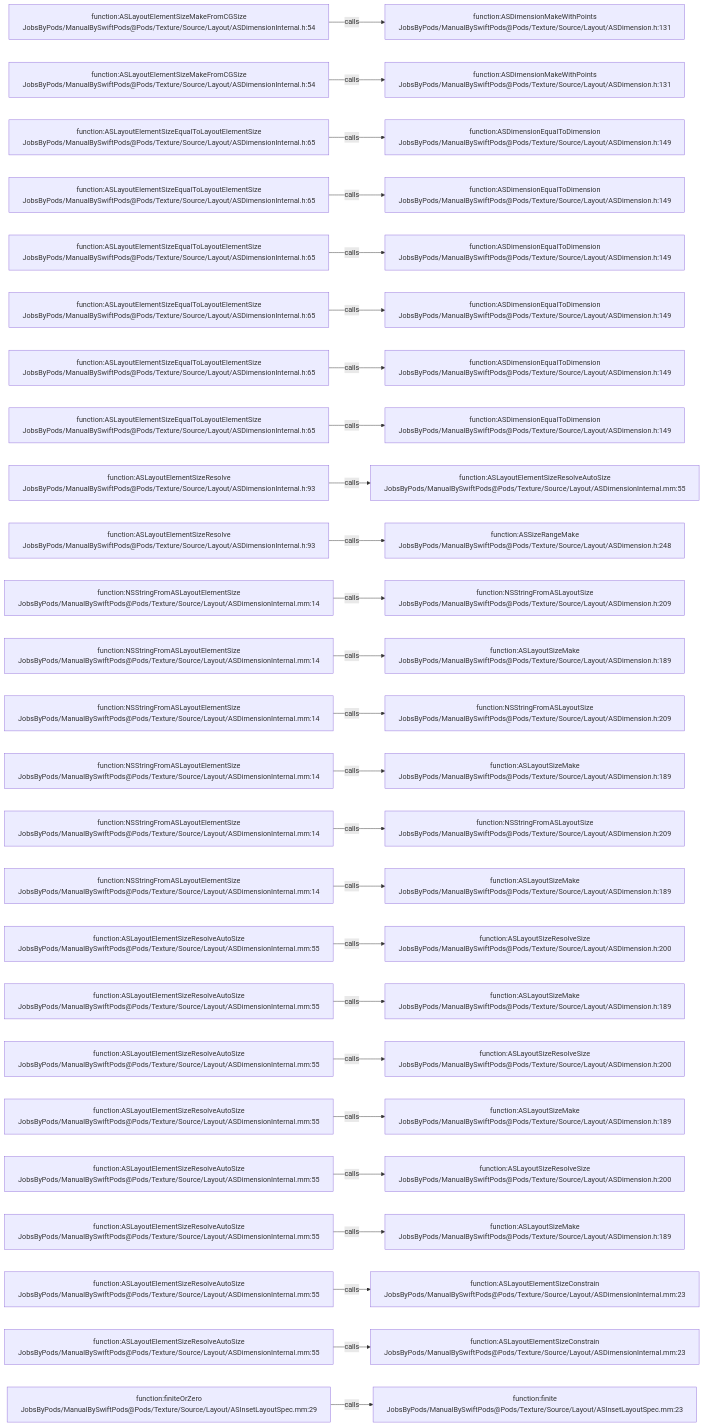
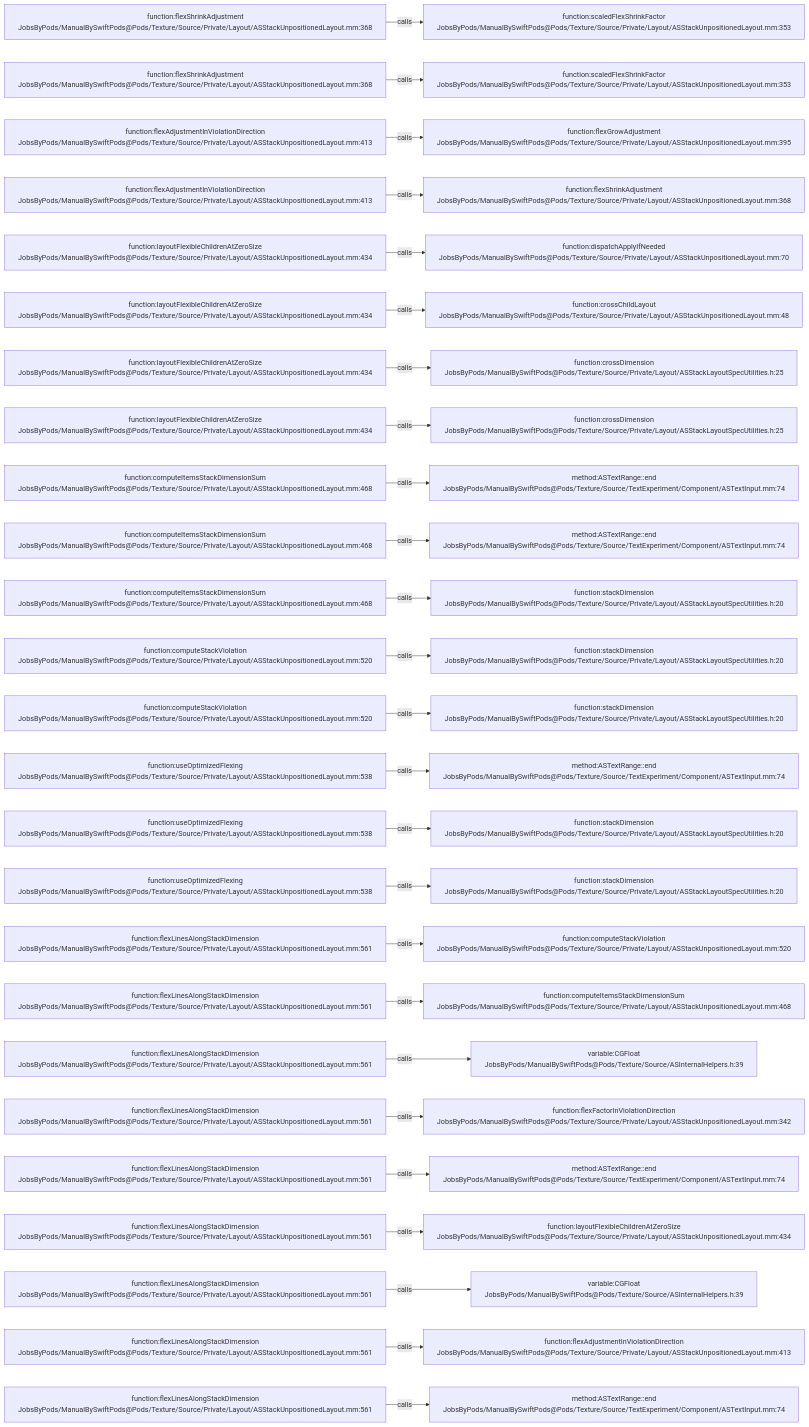
One commit to JobsKits/JobsSwiftBaseConfigDemo changed the diagram in .codegraph/codegraph.md/graphs/calls-126.md. Above: the diagram before and after it, drawn with Mermaid. The commit also changed 832 other files, not shown here.

````diff
--- a/.codegraph/codegraph.md/graphs/calls-126.md
+++ b/.codegraph/codegraph.md/graphs/calls-126.md
@@ -13,78 +13,78 @@
 ```mermaid
 flowchart LR
-  S1["function:ASLayoutElementSizeMakeFromCGSize<br/>JobsByPods/ManualBySwiftPods@Pods/Texture/Source/Layout/ASDimensionInternal.h:54"]
-  T1["function:ASDimensionMakeWithPoints<br/>JobsByPods/ManualBySwiftPods@Pods/Texture/Source/Layout/ASDimension.h:131"]
+  S1["function:flexShrinkAdjustment<br/>JobsByPods/ManualBySwiftPods@Pods/Texture/Source/Private/Layout/ASStackUnpositionedLayout.mm:368"]
+  T1["function:scaledFlexShrinkFactor<br/>JobsByPods/ManualBySwiftPods@Pods/Texture/Source/Private/Layout/ASStackUnpositionedLayout.mm:353"]
   S1 -->|calls| T1
-  S2["function:ASLayoutElementSizeMakeFromCGSize<br/>JobsByPods/ManualBySwiftPods@Pods/Texture/Source/Layout/ASDimensionInternal.h:54"]
-  T2["function:ASDimensionMakeWithPoints<br/>JobsByPods/ManualBySwiftPods@Pods/Texture/Source/Layout/ASDimension.h:131"]
+  S2["function:flexShrinkAdjustment<br/>JobsByPods/ManualBySwiftPods@Pods/Texture/Source/Private/Layout/ASStackUnpositionedLayout.mm:368"]
+  T2["function:scaledFlexShrinkFactor<br/>JobsByPods/ManualBySwiftPods@Pods/Texture/Source/Private/Layout/ASStackUnpositionedLayout.mm:353"]
   S2 -->|calls| T2
-  S3["function:ASLayoutElementSizeEqualToLayoutElementSize<br/>JobsByPods/ManualBySwiftPods@Pods/Texture/Source/Layout/ASDimensionInternal.h:65"]
-  T3["function:ASDimensionEqualToDimension<br/>JobsByPods/ManualBySwiftPods@Pods/Texture/Source/Layout/ASDimension.h:149"]
+  S3["function:flexAdjustmentInViolationDirection<br/>JobsByPods/ManualBySwiftPods@Pods/Texture/Source/Private/Layout/ASStackUnpositionedLayout.mm:413"]
+  T3["function:flexGrowAdjustment<br/>JobsByPods/ManualBySwiftPods@Pods/Texture/Source/Private/Layout/ASStackUnpositionedLayout.mm:395"]
   S3 -->|calls| T3
-  S4["function:ASLayoutElementSizeEqualToLayoutElementSize<br/>JobsByPods/ManualBySwiftPods@Pods/Texture/Source/Layout/ASDimensionInternal.h:65"]
-  T4["function:ASDimensionEqualToDimension<br/>JobsByPods/ManualBySwiftPods@Pods/Texture/Source/Layout/ASDimension.h:149"]
+  S4["function:flexAdjustmentInViolationDirection<br/>JobsByPods/ManualBySwiftPods@Pods/Texture/Source/Private/Layout/ASStackUnpositionedLayout.mm:413"]
+  T4["function:flexShrinkAdjustment<br/>JobsByPods/ManualBySwiftPods@Pods/Texture/Source/Private/Layout/ASStackUnpositionedLayout.mm:368"]
   S4 -->|calls| T4
-  S5["function:ASLayoutElementSizeEqualToLayoutElementSize<br/>JobsByPods/ManualBySwiftPods@Pods/Texture/Source/Layout/ASDimensionInternal.h:65"]
-  T5["function:ASDimensionEqualToDimension<br/>JobsByPods/ManualBySwiftPods@Pods/Texture/Source/Layout/ASDimension.h:149"]
+  S5["function:layoutFlexibleChildrenAtZeroSize<br/>JobsByPods/ManualBySwiftPods@Pods/Texture/Source/Private/Layout/ASStackUnpositionedLayout.mm:434"]
+  T5["function:dispatchApplyIfNeeded<br/>JobsByPods/ManualBySwiftPods@Pods/Texture/Source/Private/Layout/ASStackUnpositionedLayout.mm:70"]
   S5 -->|calls| T5
-  S6["function:ASLayoutElementSizeEqualToLayoutElementSize<br/>JobsByPods/ManualBySwiftPods@Pods/Texture/Source/Layout/ASDimensionInternal.h:65"]
-  T6["function:ASDimensionEqualToDimension<br/>JobsByPods/ManualBySwiftPods@Pods/Texture/Source/Layout/ASDimension.h:149"]
+  S6["function:layoutFlexibleChildrenAtZeroSize<br/>JobsByPods/ManualBySwiftPods@Pods/Texture/Source/Private/Layout/ASStackUnpositionedLayout.mm:434"]
+  T6["function:crossChildLayout<br/>JobsByPods/ManualBySwiftPods@Pods/Texture/Source/Private/Layout/ASStackUnpositionedLayout.mm:48"]
   S6 -->|calls| T6
-  S7["function:ASLayoutElementSizeEqualToLayoutElementSize<br/>JobsByPods/ManualBySwiftPods@Pods/Texture/Source/Layout/ASDimensionInternal.h:65"]
-  T7["function:ASDimensionEqualToDimension<br/>JobsByPods/ManualBySwiftPods@Pods/Texture/Source/Layout/ASDimension.h:149"]
+  S7["function:layoutFlexibleChildrenAtZeroSize<br/>JobsByPods/ManualBySwiftPods@Pods/Texture/Source/Private/Layout/ASStackUnpositionedLayout.mm:434"]
+  T7["function:crossDimension<br/>JobsByPods/ManualBySwiftPods@Pods/Texture/Source/Private/Layout/ASStackLayoutSpecUtilities.h:25"]
   S7 -->|calls| T7
-  S8["function:ASLayoutElementSizeEqualToLayoutElementSize<br/>JobsByPods/ManualBySwiftPods@Pods/Texture/Source/Layout/ASDimensionInternal.h:65"]
-  T8["function:ASDimensionEqualToDimension<br/>JobsByPods/ManualBySwiftPods@Pods/Texture/Source/Layout/ASDimension.h:149"]
+  S8["function:layoutFlexibleChildrenAtZeroSize<br/>JobsByPods/ManualBySwiftPods@Pods/Texture/Source/Private/Layout/ASStackUnpositionedLayout.mm:434"]
+  T8["function:crossDimension<br/>JobsByPods/ManualBySwiftPods@Pods/Texture/Source/Private/Layout/ASStackLayoutSpecUtilities.h:25"]
   S8 -->|calls| T8
-  S9["function:ASLayoutElementSizeResolve<br/>JobsByPods/ManualBySwiftPods@Pods/Texture/Source/Layout/ASDimensionInternal.h:93"]
-  T9["function:ASLayoutElementSizeResolveAutoSize<br/>JobsByPods/ManualBySwiftPods@Pods/Texture/Source/Layout/ASDimensionInternal.mm:55"]
+  S9["function:computeItemsStackDimensionSum<br/>JobsByPods/ManualBySwiftPods@Pods/Texture/Source/Private/Layout/ASStackUnpositionedLayout.mm:468"]
+  T9["method:ASTextRange::end<br/>JobsByPods/ManualBySwiftPods@Pods/Texture/Source/TextExperiment/Component/ASTextInput.mm:74"]
   S9 -->|calls| T9
-  S10["function:ASLayoutElementSizeResolve<br/>JobsByPods/ManualBySwiftPods@Pods/Texture/Source/Layout/ASDimensionInternal.h:93"]
-  T10["function:ASSizeRangeMake<br/>JobsByPods/ManualBySwiftPods@Pods/Texture/Source/Layout/ASDimension.h:248"]
+  S10["function:computeItemsStackDimensionSum<br/>JobsByPods/ManualBySwiftPods@Pods/Texture/Source/Private/Layout/ASStackUnpositionedLayout.mm:468"]
+  T10["method:ASTextRange::end<br/>JobsByPods/ManualBySwiftPods@Pods/Texture/Source/TextExperiment/Component/ASTextInput.mm:74"]
   S10 -->|calls| T10
-  S11["function:NSStringFromASLayoutElementSize<br/>JobsByPods/ManualBySwiftPods@Pods/Texture/Source/Layout/ASDimensionInternal.mm:14"]
-  T11["function:NSStringFromASLayoutSize<br/>JobsByPods/ManualBySwiftPods@Pods/Texture/Source/Layout/ASDimension.h:209"]
+  S11["function:computeItemsStackDimensionSum<br/>JobsByPods/ManualBySwiftPods@Pods/Texture/Source/Private/Layout/ASStackUnpositionedLayout.mm:468"]
+  T11["function:stackDimension<br/>JobsByPods/ManualBySwiftPods@Pods/Texture/Source/Private/Layout/ASStackLayoutSpecUtilities.h:20"]
   S11 -->|calls| T11
-  S12["function:NSStringFromASLayoutElementSize<br/>JobsByPods/ManualBySwiftPods@Pods/Texture/Source/Layout/ASDimensionInternal.mm:14"]
-  T12["function:ASLayoutSizeMake<br/>JobsByPods/ManualBySwiftPods@Pods/Texture/Source/Layout/ASDimension.h:189"]
+  S12["function:computeStackViolation<br/>JobsByPods/ManualBySwiftPods@Pods/Texture/Source/Private/Layout/ASStackUnpositionedLayout.mm:520"]
+  T12["function:stackDimension<br/>JobsByPods/ManualBySwiftPods@Pods/Texture/Source/Private/Layout/ASStackLayoutSpecUtilities.h:20"]
   S12 -->|calls| T12
-  S13["function:NSStringFromASLayoutElementSize<br/>JobsByPods/ManualBySwiftPods@Pods/Texture/Source/Layout/ASDimensionInternal.mm:14"]
-  T13["function:NSStringFromASLayoutSize<br/>JobsByPods/ManualBySwiftPods@Pods/Texture/Source/Layout/ASDimension.h:209"]
+  S13["function:computeStackViolation<br/>JobsByPods/ManualBySwiftPods@Pods/Texture/Source/Private/Layout/ASStackUnpositionedLayout.mm:520"]
+  T13["function:stackDimension<br/>JobsByPods/ManualBySwiftPods@Pods/Texture/Source/Private/Layout/ASStackLayoutSpecUtilities.h:20"]
   S13 -->|calls| T13
-  S14["function:NSStringFromASLayoutElementSize<br/>JobsByPods/ManualBySwiftPods@Pods/Texture/Source/Layout/ASDimensionInternal.mm:14"]
-  T14["function:ASLayoutSizeMake<br/>JobsByPods/ManualBySwiftPods@Pods/Texture/Source/Layout/ASDimension.h:189"]
+  S14["function:useOptimizedFlexing<br/>JobsByPods/ManualBySwiftPods@Pods/Texture/Source/Private/Layout/ASStackUnpositionedLayout.mm:538"]
+  T14["method:ASTextRange::end<br/>JobsByPods/ManualBySwiftPods@Pods/Texture/Source/TextExperiment/Component/ASTextInput.mm:74"]
   S14 -->|calls| T14
-  S15["function:NSStringFromASLayoutElementSize<br/>JobsByPods/ManualBySwiftPods@Pods/Texture/Source/Layout/ASDimensionInternal.mm:14"]
-  T15["function:NSStringFromASLayoutSize<br/>JobsByPods/ManualBySwiftPods@Pods/Texture/Source/Layout/ASDimension.h:209"]
+  S15["function:useOptimizedFlexing<br/>JobsByPods/ManualBySwiftPods@Pods/Texture/Source/Private/Layout/ASStackUnpositionedLayout.mm:538"]
+  T15["function:stackDimension<br/>JobsByPods/ManualBySwiftPods@Pods/Texture/Source/Private/Layout/ASStackLayoutSpecUtilities.h:20"]
   S15 -->|calls| T15
-  S16["function:NSStringFromASLayoutElementSize<br/>JobsByPods/ManualBySwiftPods@Pods/Texture/Source/Layout/ASDimensionInternal.mm:14"]
-  T16["function:ASLayoutSizeMake<br/>JobsByPods/ManualBySwiftPods@Pods/Texture/Source/Layout/ASDimension.h:189"]
+  S16["function:useOptimizedFlexing<br/>JobsByPods/ManualBySwiftPods@Pods/Texture/Source/Private/Layout/ASStackUnpositionedLayout.mm:538"]
+  T16["function:stackDimension<br/>JobsByPods/ManualBySwiftPods@Pods/Texture/Source/Private/Layout/ASStackLayoutSpecUtilities.h:20"]
   S16 -->|calls| T16
-  S17["function:ASLayoutElementSizeResolveAutoSize<br/>JobsByPods/ManualBySwiftPods@Pods/Texture/Source/Layout/ASDimensionInternal.mm:55"]
-  T17["function:ASLayoutSizeResolveSize<br/>JobsByPods/ManualBySwiftPods@Pods/Texture/Source/Layout/ASDimension.h:200"]
+  S17["function:flexLinesAlongStackDimension<br/>JobsByPods/ManualBySwiftPods@Pods/Texture/Source/Private/Layout/ASStackUnpositionedLayout.mm:561"]
+  T17["function:computeStackViolation<br/>JobsByPods/ManualBySwiftPods@Pods/Texture/Source/Private/Layout/ASStackUnpositionedLayout.mm:520"]
   S17 -->|calls| T17
-  S18["function:ASLayoutElementSizeResolveAutoSize<br/>JobsByPods/ManualBySwiftPods@Pods/Texture/Source/Layout/ASDimensionInternal.mm:55"]
-  T18["function:ASLayoutSizeMake<br/>JobsByPods/ManualBySwiftPods@Pods/Texture/Source/Layout/ASDimension.h:189"]
+  S18["function:flexLinesAlongStackDimension<br/>JobsByPods/ManualBySwiftPods@Pods/Texture/Source/Private/Layout/ASStackUnpositionedLayout.mm:561"]
+  T18["function:computeItemsStackDimensionSum<br/>JobsByPods/ManualBySwiftPods@Pods/Texture/Source/Private/Layout/ASStackUnpositionedLayout.mm:468"]
   S18 -->|calls| T18
-  S19["function:ASLayoutElementSizeResolveAutoSize<br/>JobsByPods/ManualBySwiftPods@Pods/Texture/Source/Layout/ASDimensionInternal.mm:55"]
-  T19["function:ASLayoutSizeResolveSize<br/>JobsByPods/ManualBySwiftPods@Pods/Texture/Source/Layout/ASDimension.h:200"]
+  S19["function:flexLinesAlongStackDimension<br/>JobsByPods/ManualBySwiftPods@Pods/Texture/Source/Private/Layout/ASStackUnpositionedLayout.mm:561"]
+  T19["variable:CGFloat<br/>JobsByPods/ManualBySwiftPods@Pods/Texture/Source/ASInternalHelpers.h:39"]
   S19 -->|calls| T19
-  S20["function:ASLayoutElementSizeResolveAutoSize<br/>JobsByPods/ManualBySwiftPods@Pods/Texture/Source/Layout/ASDimensionInternal.mm:55"]
-  T20["function:ASLayoutSizeMake<br/>JobsByPods/ManualBySwiftPods@Pods/Texture/Source/Layout/ASDimension.h:189"]
+  S20["function:flexLinesAlongStackDimension<br/>JobsByPods/ManualBySwiftPods@Pods/Texture/Source/Private/Layout/ASStackUnpositionedLayout.mm:561"]
+  T20["function:flexFactorInViolationDirection<br/>JobsByPods/ManualBySwiftPods@Pods/Texture/Source/Private/Layout/ASStackUnpositionedLayout.mm:342"]
   S20 -->|calls| T20
-  S21["function:ASLayoutElementSizeResolveAutoSize<br/>JobsByPods/ManualBySwiftPods@Pods/Texture/Source/Layout/ASDimensionInternal.mm:55"]
-  T21["function:ASLayoutSizeResolveSize<br/>JobsByPods/ManualBySwiftPods@Pods/Texture/Source/Layout/ASDimension.h:200"]
+  S21["function:flexLinesAlongStackDimension<br/>JobsByPods/ManualBySwiftPods@Pods/Texture/Source/Private/Layout/ASStackUnpositionedLayout.mm:561"]
+  T21["method:ASTextRange::end<br/>JobsByPods/ManualBySwiftPods@Pods/Texture/Source/TextExperiment/Component/ASTextInput.mm:74"]
   S21 -->|calls| T21
-  S22["function:ASLayoutElementSizeResolveAutoSize<br/>JobsByPods/ManualBySwiftPods@Pods/Texture/Source/Layout/ASDimensionInternal.mm:55"]
-  T22["function:ASLayoutSizeMake<br/>JobsByPods/ManualBySwiftPods@Pods/Texture/Source/Layout/ASDimension.h:189"]
+  S22["function:flexLinesAlongStackDimension<br/>JobsByPods/ManualBySwiftPods@Pods/Texture/Source/Private/Layout/ASStackUnpositionedLayout.mm:561"]
+  T22["function:layoutFlexibleChildrenAtZeroSize<br/>JobsByPods/ManualBySwiftPods@Pods/Texture/Source/Private/Layout/ASStackUnpositionedLayout.mm:434"]
   S22 -->|calls| T22
-  S23["function:ASLayoutElementSizeResolveAutoSize<br/>JobsByPods/ManualBySwiftPods@Pods/Texture/Source/Layout/ASDimensionInternal.mm:55"]
-  T23["function:ASLayoutElementSizeConstrain<br/>JobsByPods/ManualBySwiftPods@Pods/Texture/Source/Layout/ASDimensionInternal.mm:23"]
+  S23["function:flexLinesAlongStackDimension<br/>JobsByPods/ManualBySwiftPods@Pods/Texture/Source/Private/Layout/ASStackUnpositionedLayout.mm:561"]
+  T23["variable:CGFloat<br/>JobsByPods/ManualBySwiftPods@Pods/Texture/Source/ASInternalHelpers.h:39"]
   S23 -->|calls| T23
-  S24["function:ASLayoutElementSizeResolveAutoSize<br/>JobsByPods/ManualBySwiftPods@Pods/Texture/Source/Layout/ASDimensionInternal.mm:55"]
-  T24["function:ASLayoutElementSizeConstrain<br/>JobsByPods/ManualBySwiftPods@Pods/Texture/Source/Layout/ASDimensionInternal.mm:23"]
+  S24["function:flexLinesAlongStackDimension<br/>JobsByPods/ManualBySwiftPods@Pods/Texture/Source/Private/Layout/ASStackUnpositionedLayout.mm:561"]
+  T24["function:flexAdjustmentInViolationDirection<br/>JobsByPods/ManualBySwiftPods@Pods/Texture/Source/Private/Layout/ASStackUnpositionedLayout.mm:413"]
   S24 -->|calls| T24
-  S25["function:finiteOrZero<br/>JobsByPods/ManualBySwiftPods@Pods/Texture/Source/Layout/ASInsetLayoutSpec.mm:29"]
-  T25["function:finite<br/>JobsByPods/ManualBySwiftPods@Pods/Texture/Source/Layout/ASInsetLayoutSpec.mm:23"]
+  S25["function:flexLinesAlongStackDimension<br/>JobsByPods/ManualBySwiftPods@Pods/Texture/Source/Private/Layout/ASStackUnpositionedLayout.mm:561"]
+  T25["method:ASTextRange::end<br/>JobsByPods/ManualBySwiftPods@Pods/Texture/Source/TextExperiment/Component/ASTextInput.mm:74"]
   S25 -->|calls| T25
 ```
````
